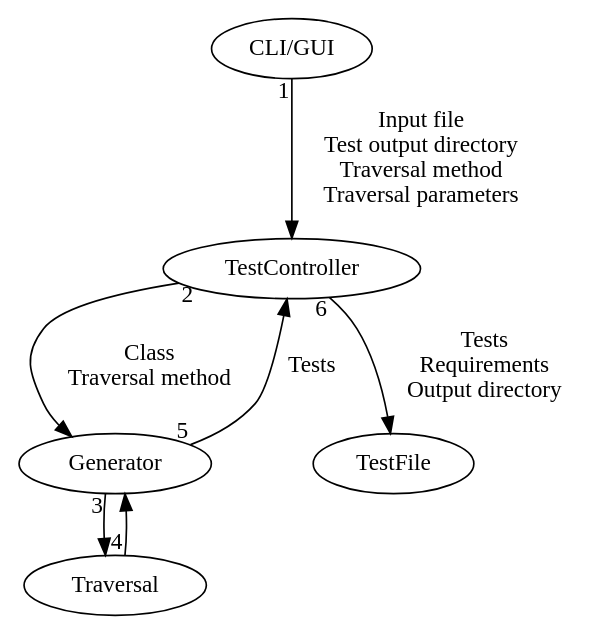
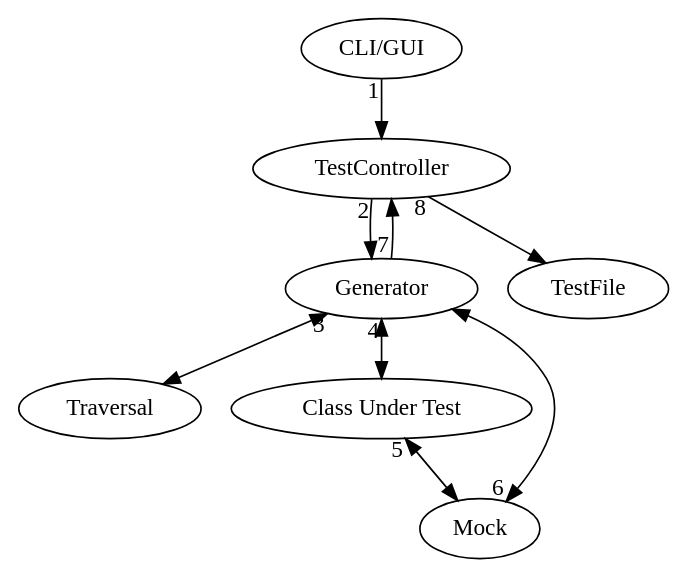
The diagram in docs/images/splatsflow.gv (IgnoredAmbience/splats), drawn with Graphviz before and after one commit. The commit also changed 2 other files, not shown here.

```diff
--- a/docs/images/splatsflow.gv
+++ b/docs/images/splatsflow.gv
@@ -1,10 +1,11 @@
 digraph {
 
-	"CLI/GUI"->"TestController" [label="Input file\nTest output directory\nTraversal method\nTraversal parameters",taillabel="1"]
-	"TestController" -> "Generator" [label="Class\nTraversal method",taillabel="2"]
-	"Generator" -> "Traversal" [taillabel="3"]
-	"Traversal" -> "Generator" [taillabel="4"]
-	"Generator" -> "TestController" [label="Tests",taillabel="5"]
-	"TestController" -> "TestFile" [label="Tests\nRequirements\nOutput directory",taillabel="6"]
-
+	"CLI/GUI"->"TestController" [taillabel="1"]
+	"TestController" -> "Generator" [taillabel="2"]
+	"Generator" -> "Traversal" [taillabel="3",dir=both]
+        "Generator" -> "Class Under Test" [taillabel="4",dir=both]
+        "Class Under Test" -> "Mock" [taillabel="5",dir=both]
+        "Mock" -> "Generator" [taillabel="6",dir=both]
+	"Generator" -> "TestController" [taillabel="7"]
+	"TestController" -> "TestFile" [taillabel="8"]
 }
```
